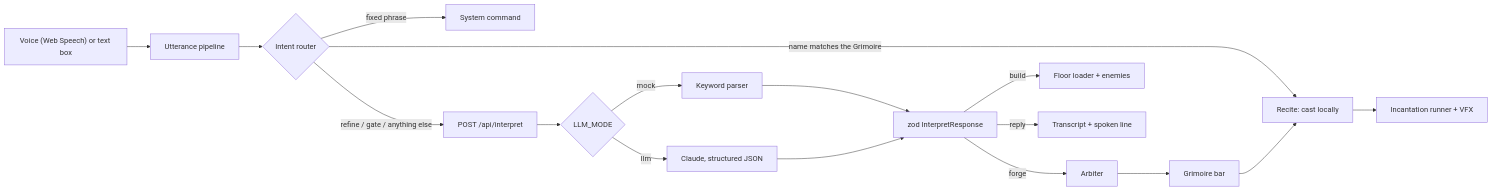
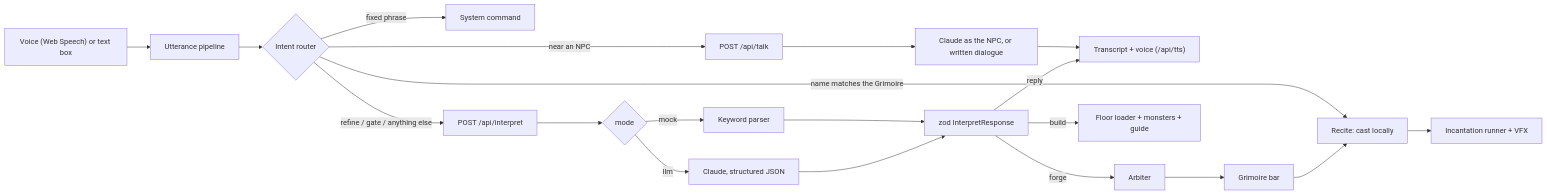
One commit to mikaelaMolina/incant-online changed the diagram in README.md. Above: the diagram before and after it, drawn with Mermaid. The commit also changed other lines of this file, not shown here.

````diff
--- a/README.md
+++ b/README.md
@@ -188,17 +211,19 @@
 ```mermaid
 flowchart LR
   V["Voice (Web Speech) or text box"] --> P["Utterance pipeline"]
   P --> R{"Intent router"}
   R -->|"name matches the Grimoire"| C["Recite: cast locally"]
   R -->|"fixed phrase"| S["System command"]
+  R -->|"near an NPC"| TALK["POST /api/talk"]
   R -->|"refine / gate / anything else"| API["POST /api/interpret"]
-  API --> M{"LLM_MODE"}
+  TALK --> NPC["Claude as the NPC, or written dialogue"] --> SAY["Transcript + voice (/api/tts)"]
+  API --> M{"mode"}
   M -->|"mock"| MP["Keyword parser"]
   M -->|"llm"| LLM["Claude, structured JSON"]
   MP --> Z["zod InterpretResponse"]
   LLM --> Z
   Z -->|"forge"| A["Arbiter"] --> G["Grimoire bar"] --> C
-  Z -->|"build"| F["Floor loader + enemies"]
-  Z -->|"reply"| T["Transcript + spoken line"]
+  Z -->|"build"| F["Floor loader + monsters + guide"]
+  Z -->|"reply"| SAY
   C --> RUN["Incantation runner + VFX"]
 ```
````
